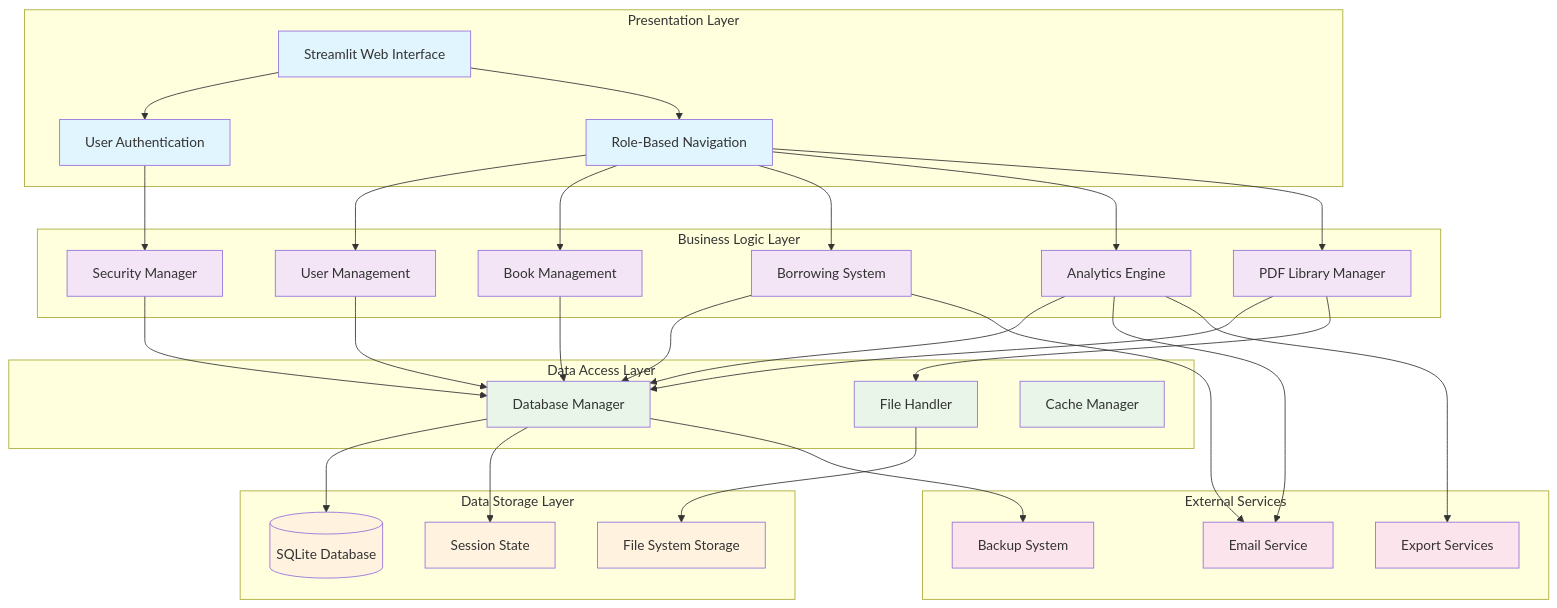
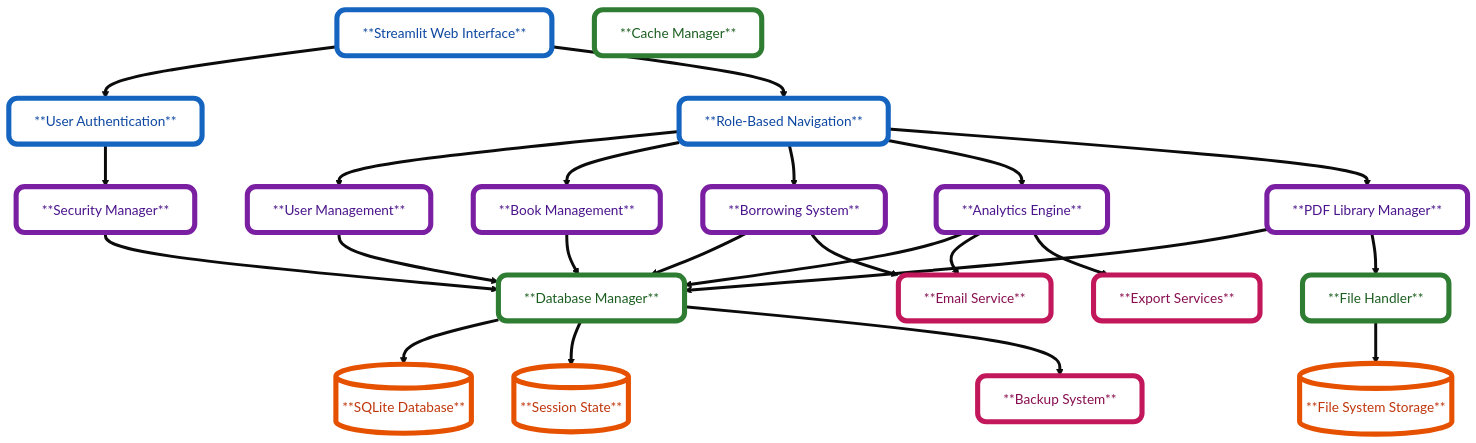
The first of 2 diagrams in README.md (la-b-ib/LitGrid), drawn with Mermaid before and after one commit.

Commit message:
Refactor system architecture diagram with global styling

````diff
--- a/README.md
+++ b/README.md
@@ -48,73 +48,72 @@
 ```mermaid
-graph TD
-    subgraph "Presentation Layer"
-        A[Streamlit Web Interface]
-        B[User Authentication]
-        C[Role-Based Navigation]
-    end
+%%{init: {'theme': 'base', 'themeVariables': { 'primaryColor': '#fff', 'edgeLabelBackground':'#fff', 'tertiaryColor': '#f4f4f4'}, 'flowchart': {'curve': 'basis', 'nodeSpacing': 50, 'rankSpacing': 50}} }%%
+
+flowchart TD
+    %% Global Styling
+    classDef presentation stroke:#1565c0,stroke-width:6px,color:#0d47a1,rx:10,ry:10;
+    classDef business stroke:#7b1fa2,stroke-width:6px,color:#4a148c,rx:10,ry:10;
+    classDef data stroke:#2e7d32,stroke-width:6px,color:#1b5e20,rx:10,ry:10;
+    classDef storage stroke:#e65100,stroke-width:6px,color:#bf360c,rx:5,ry:5;
+    classDef external stroke:#c2185b,stroke-width:6px,color:#880e4f,rx:10,ry:10;
+
+    %% Nodes (no subgraph boxes)
+    A[**Streamlit Web Interface**]
+    B[**User Authentication**]
+    C[**Role-Based Navigation**]
+
+    D[**User Management**]
+    E[**Book Management**]
+    F[**Borrowing System**]
+    G[**Analytics Engine**]
+    H[**Security Manager**]
+    I[**PDF Library Manager**]
+
+    J[**Database Manager**]
+    K[**File Handler**]
+    L[**Cache Manager**]
+
+    M[(**SQLite Database**)]
+    N[(**File System Storage**)]
+    O[(**Session State**)]
+
+    P[**Email Service**]
+    Q[**Backup System**]
+    R[**Export Services**]
+
+    %% Connections (all solid and bold)
+    A ==> B
+    A ==> C
     
-    subgraph "Business Logic Layer"
-        D[User Management]
-        E[Book Management] 
-        F[Borrowing System]
-        G[Analytics Engine]
-        H[Security Manager]
-        I[PDF Library Manager]
-    end
+    B ==> H
     
-    subgraph "Data Access Layer"
-        J[Database Manager]
-        K[File Handler]
-        L[Cache Manager]
-    end
+    C ==> D
+    C ==> E
+    C ==> F
+    C ==> G
+    C ==> I
+
+    D ==> J
+    E ==> J
+    F ==> J
+    G ==> J
+    H ==> J
+    I ==> J
+    I ==> K
     
-    subgraph "Data Storage Layer"
-        M[(SQLite Database)]
-        N[File System Storage]
-        O[Session State]
-    end
+    J ==> M
+    J ==> O
+    K ==> N
     
-    subgraph "External Services"
-        P[Email Service]
-        Q[Backup System]
-        R[Export Services]
-    end
-    
-    A --> B
-    A --> C
-    B --> H
-    C --> D
-    C --> E
-    C --> F
-    C --> G
-    C --> I
-    
-    D --> J
-    E --> J
-    F --> J
-    G --> J
-    I --> J
-    I --> K
-    H --> J
-    
-    J --> M
-    K --> N
-    J --> O
-    
-    G --> P
-    F --> P
-    J --> Q
-    G --> R
-    
-    classDef presentation fill:#e1f5fe
-    classDef business fill:#f3e5f5
-    classDef data fill:#e8f5e8
-    classDef storage fill:#fff3e0
-    classDef external fill:#fce4ec
-    
+    G ==> P
+    F ==> P
+    J ==> Q
+    G ==> R
+
+    %% Assign Classes
     class A,B,C presentation
     class D,E,F,G,H,I business
     class J,K,L data
     class M,N,O storage
     class P,Q,R external
+
 ```
````
